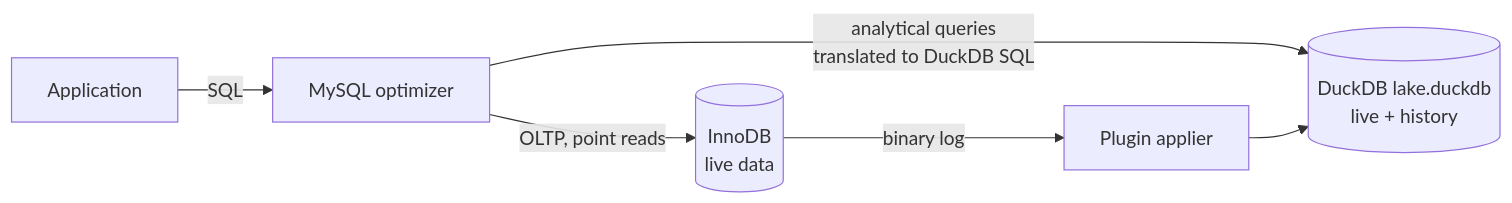
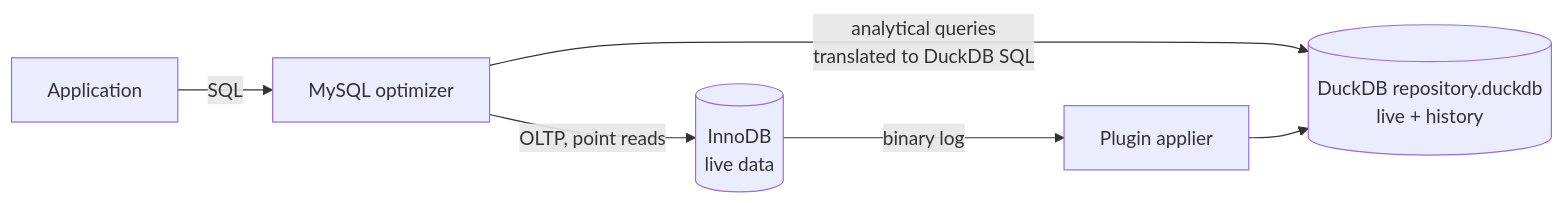
Before and after one commit to Tusamarco/percona-server: the first of 3 diagrams in .github/README.md, drawn with Mermaid. The commit also changed other lines of this file and 18 other files, not shown here.

First line of the commit message:
DuckDB docs: TPC-H SF100 comparison with AliSQL and MariaDB in the README

````diff
--- a/.github/README.md
+++ b/.github/README.md
@@ -20,7 +20,7 @@
 ```mermaid
 flowchart LR
     App[Application] -->|SQL| Opt[MySQL optimizer]
     Opt -->|OLTP, point reads| InnoDB[(InnoDB<br/>live data)]
-    Opt -->|analytical queries<br/>translated to DuckDB SQL| Duck[(DuckDB lake.duckdb<br/>live + history)]
+    Opt -->|analytical queries<br/>translated to DuckDB SQL| Duck[(DuckDB repository.duckdb<br/>live + history)]
     InnoDB -->|binary log| Applier[Plugin applier] --> Duck
 ```
````
